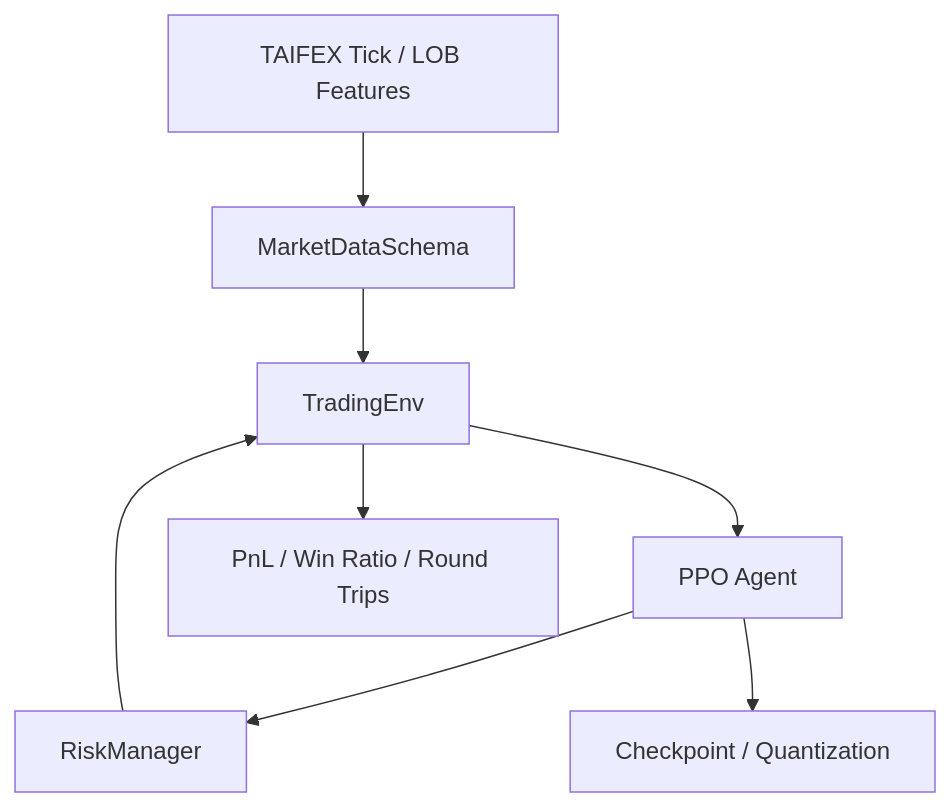
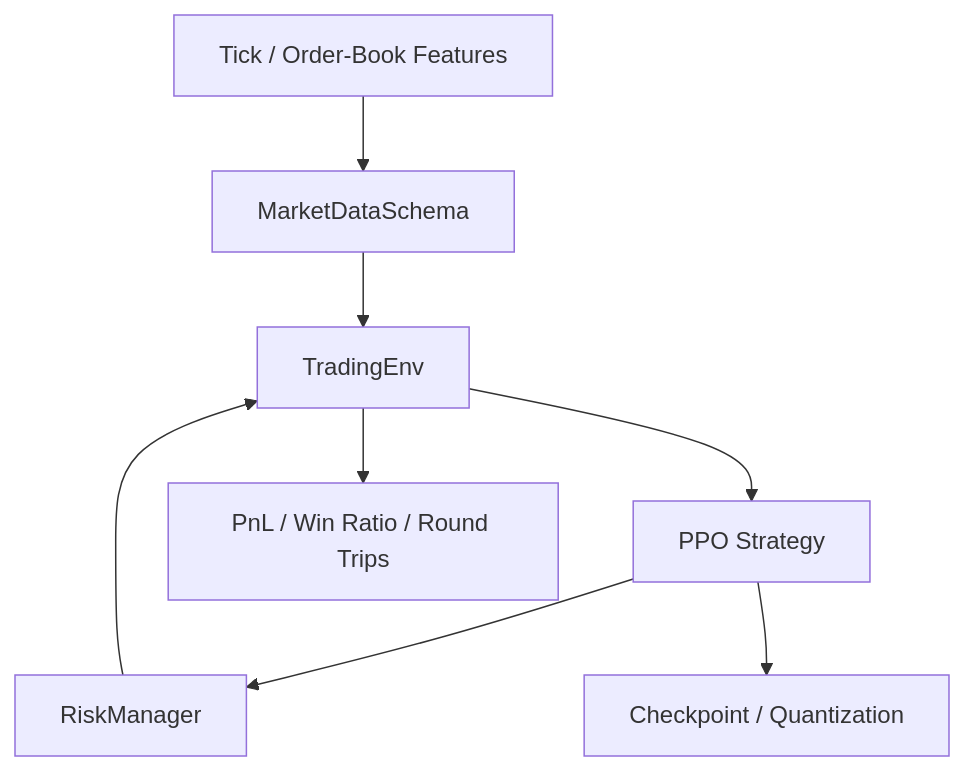
One commit to JUN-666/ppo-trading-strategy changed the diagram in README.md. Above: the diagram before and after it, drawn with Mermaid. The commit also changed other lines of this file, not shown here.

Commit message:
Rewrite README for PPO trading strategy

````diff
--- a/README.md
+++ b/README.md
@@ -32,10 +32,10 @@
 ```mermaid
 flowchart TD
-    A["TAIFEX Tick / LOB Features"] --> B["MarketDataSchema"]
+    A["Tick / Order-Book Features"] --> B["MarketDataSchema"]
     B --> C["TradingEnv"]
-    C --> D["PPO Agent"]
+    C --> D["PPO Strategy"]
     D --> E["RiskManager"]
     E --> C
     D --> F["Checkpoint / Quantization"]
     C --> G["PnL / Win Ratio / Round Trips"]
 ```
````
